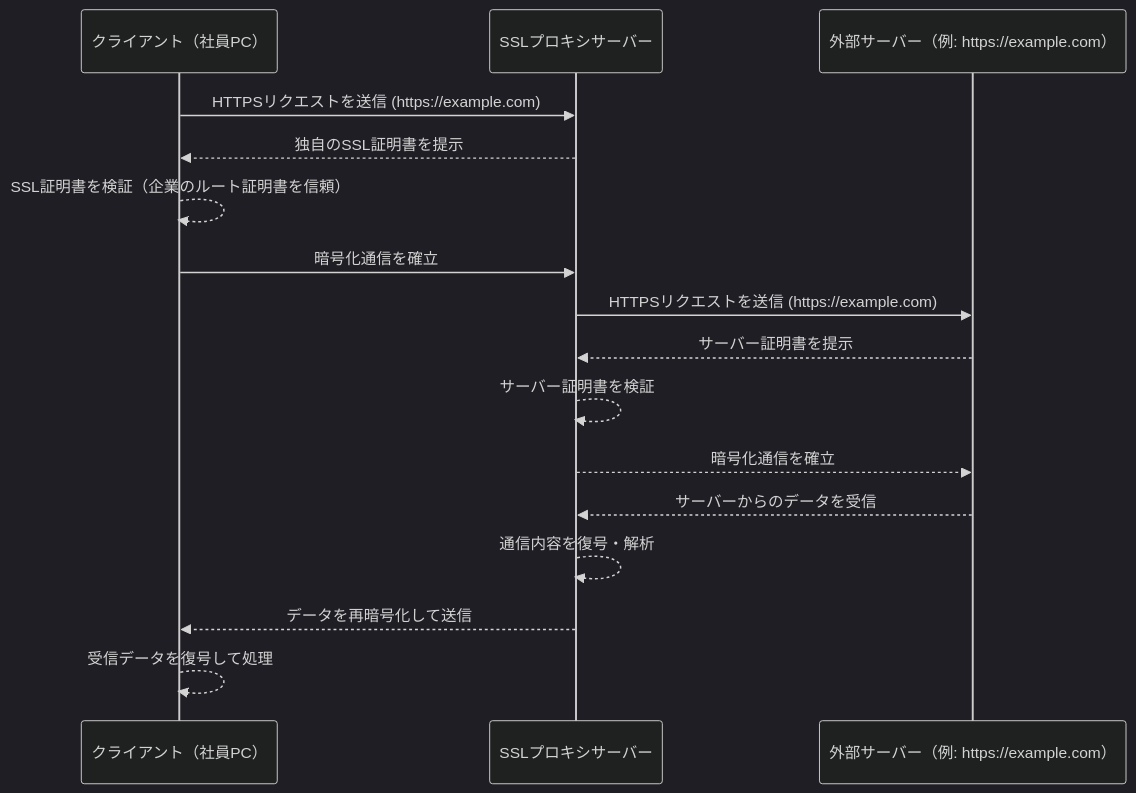
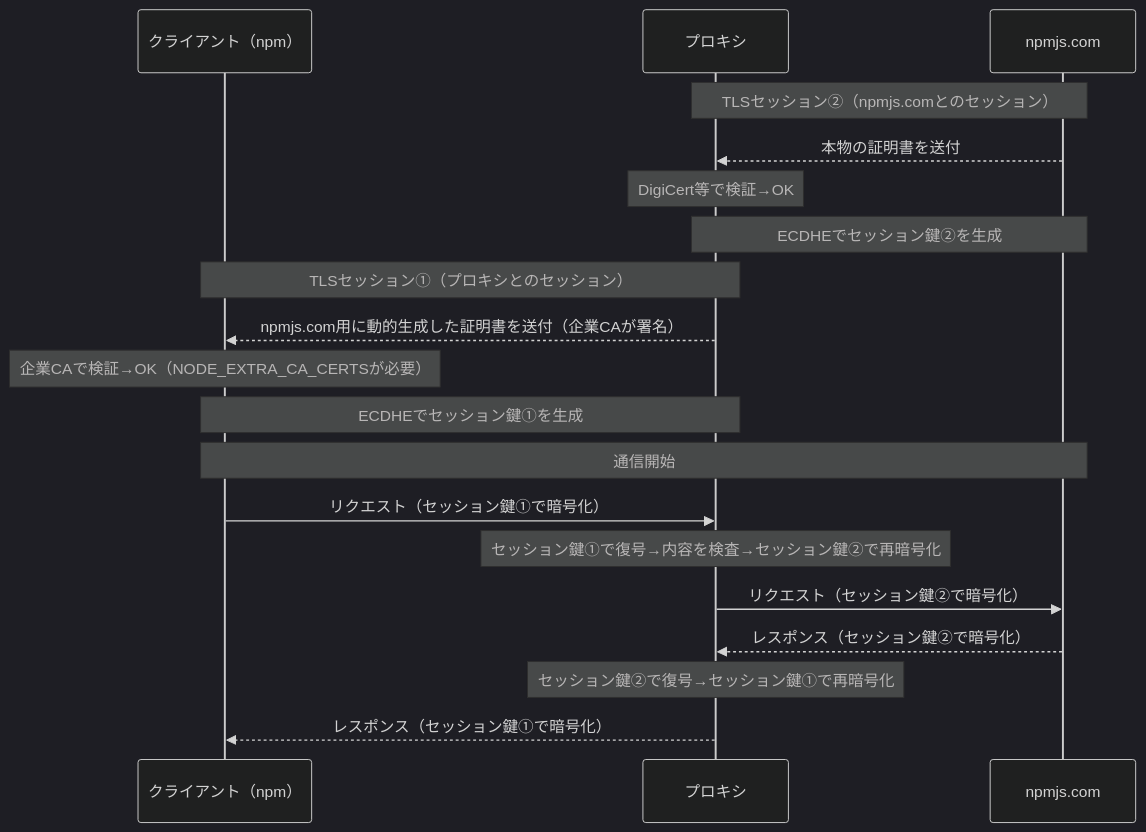
Before and after one commit to tttol/about-me-blog: the third of 3 diagrams in src/content/blog/certificate.mdx, drawn with Mermaid (dark theme). The commit also changed other lines of this file and 3 other files, not shown here.

````diff
--- a/src/content/blog/certificate.mdx
+++ b/src/content/blog/certificate.mdx
@@ -74,22 +126,24 @@
 ```mermaid
 sequenceDiagram
-    participant クライアント as クライアント（社員PC）
-    participant プロキシ as SSLプロキシサーバー
-    participant サーバー as 外部サーバー（例: https://example.com）
+    participant クライアント as クライアント（npm）
+    participant プロキシ as プロキシ
+    participant npmjs as npmjs.com
 
-    クライアント->>プロキシ: HTTPSリクエストを送信 (https://example.com)
-    プロキシ-->>クライアント: 独自のSSL証明書を提示
-    クライアント-->>クライアント: SSL証明書を検証（企業のルート証明書を信頼）
-    クライアント->>プロキシ: 暗号化通信を確立
+    Note over プロキシ,npmjs: TLSセッション②（npmjs.comとのセッション）
+    npmjs-->>プロキシ: 本物の証明書を送付
+    Note over プロキシ: DigiCert等で検証→OK
+    Note over プロキシ,npmjs: ECDHEでセッション鍵②を生成
 
-    プロキシ->>サーバー: HTTPSリクエストを送信 (https://example.com)
-    サーバー-->>プロキシ: サーバー証明書を提示
-    プロキシ-->>プロキシ: サーバー証明書を検証
+    Note over クライアント,プロキシ: TLSセッション①（プロキシとのセッション）
+    プロキシ-->>クライアント: npmjs.com用に動的生成した証明書を送付（企業CAが署名）
+    Note over クライアント: 企業CAで検証→OK（NODE_EXTRA_CA_CERTSが必要）
+    Note over クライアント,プロキシ: ECDHEでセッション鍵①を生成
 
-    プロキシ-->>サーバー: 暗号化通信を確立
-    サーバー-->>プロキシ: サーバーからのデータを受信
-
-    プロキシ-->>プロキシ: 通信内容を復号・解析
-    プロキシ-->>クライアント: データを再暗号化して送信
-    クライアント-->>クライアント: 受信データを復号して処理
+    Note over クライアント,npmjs: 通信開始
+    クライアント->>プロキシ: リクエスト（セッション鍵①で暗号化）
+    Note over プロキシ: セッション鍵①で復号→内容を検査→セッション鍵②で再暗号化
+    プロキシ->>npmjs: リクエスト（セッション鍵②で暗号化）
+    npmjs-->>プロキシ: レスポンス（セッション鍵②で暗号化）
+    Note over プロキシ: セッション鍵②で復号→セッション鍵①で再暗号化
+    プロキシ-->>クライアント: レスポンス（セッション鍵①で暗号化）
 ```
````
